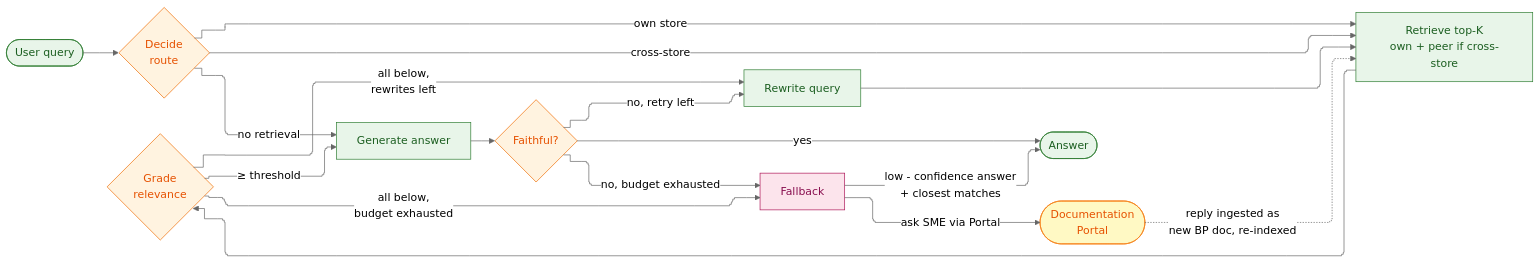
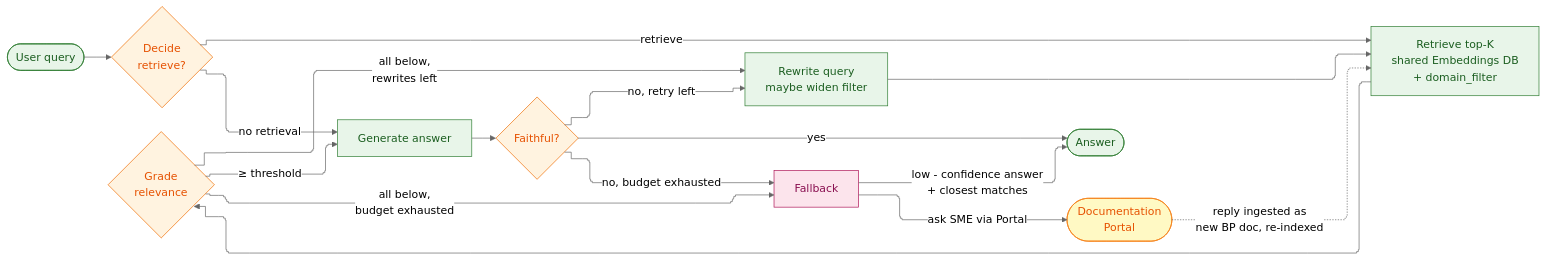
The fourth of 5 diagrams in PROJECT_ARCHITECTURE.md (kikecorona/agentic-ai-capstone-project), drawn with Mermaid (neutral theme) before and after one commit. The commit also changed other lines of this file and 1 other file, not shown here.

````diff
--- a/PROJECT_ARCHITECTURE.md
+++ b/PROJECT_ARCHITECTURE.md
@@ -592,28 +624,27 @@
 ```mermaid
 %%{init: {'flowchart': {'defaultRenderer': 'elk', 'curve': 'step'}}}%%
 flowchart LR
-    Q([User query]) --> D{Decide<br/>route}
+    Q([User query]) --> D{Decide<br/>retrieve?}
     D -->|no retrieval| Gen[Generate answer]
-    D -->|own store| R[Retrieve top-K<br/>own + peer if cross-store]
-    D -->|cross-store| R
+    D -->|retrieve| R[Retrieve top-K<br/>shared Embeddings DB<br/>+ domain_filter]
     R --> G{Grade<br/>relevance}
     G -->|≥ threshold| Gen
-    G -->|all below,<br/>rewrites left| RW[Rewrite query]
+    G -->|all below,<br/>rewrites left| RW[Rewrite query<br/>maybe widen filter]
     G -->|all below,<br/>budget exhausted| FB[Fallback]
     RW --> R
     Gen --> CF{Faithful?}
     CF -->|yes| A([Answer])
     CF -->|no, retry left| RW
     CF -->|no, budget exhausted| FB
     FB -->|low - confidence answer<br/>+ closest matches| A
     FB -->|ask SME via Portal| Portal([Documentation<br/>Portal])
     Portal -.->|reply ingested as<br/>new BP doc, re-indexed| R
     classDef node fill: #E8F5E9, stroke: #2E7D32, color: #1B5E20
     classDef decision fill: #FFF3E0, stroke: #EF6C00, color: #E65100
     classDef fallback fill: #FCE4EC, stroke: #AD1457, color: #880E4F
     classDef portal fill: #FFF9C4, stroke: #F57F17, color: #E65100
     class R,RW,Gen node
     class D,G,CF decision
     class FB fallback
     class Portal portal
 ```
````
